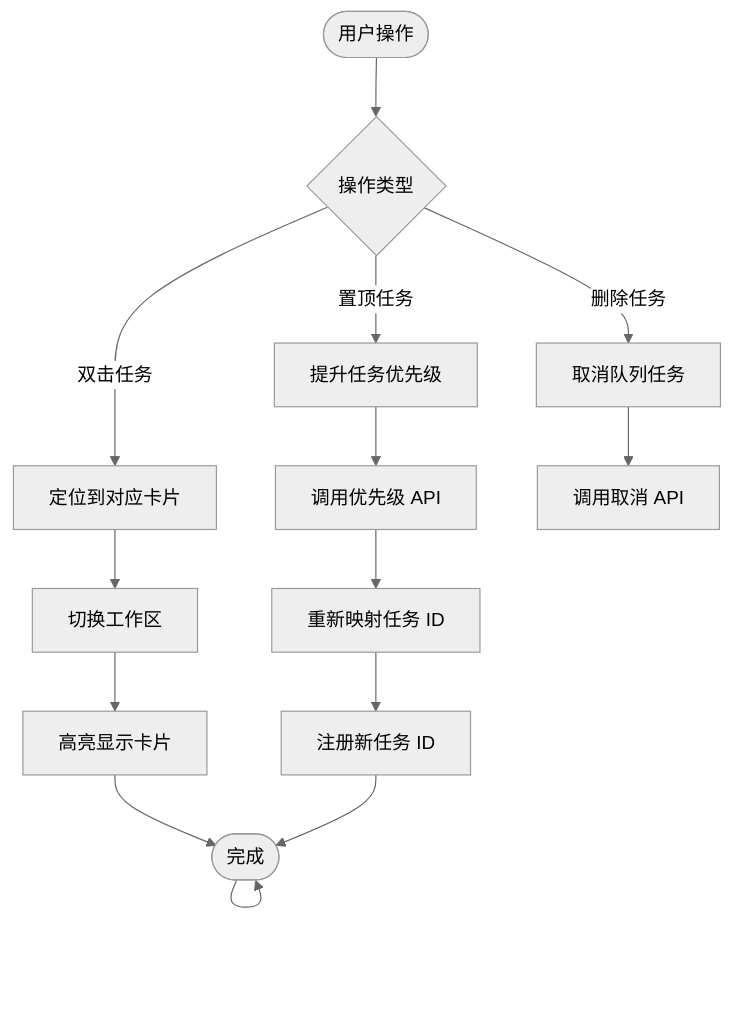
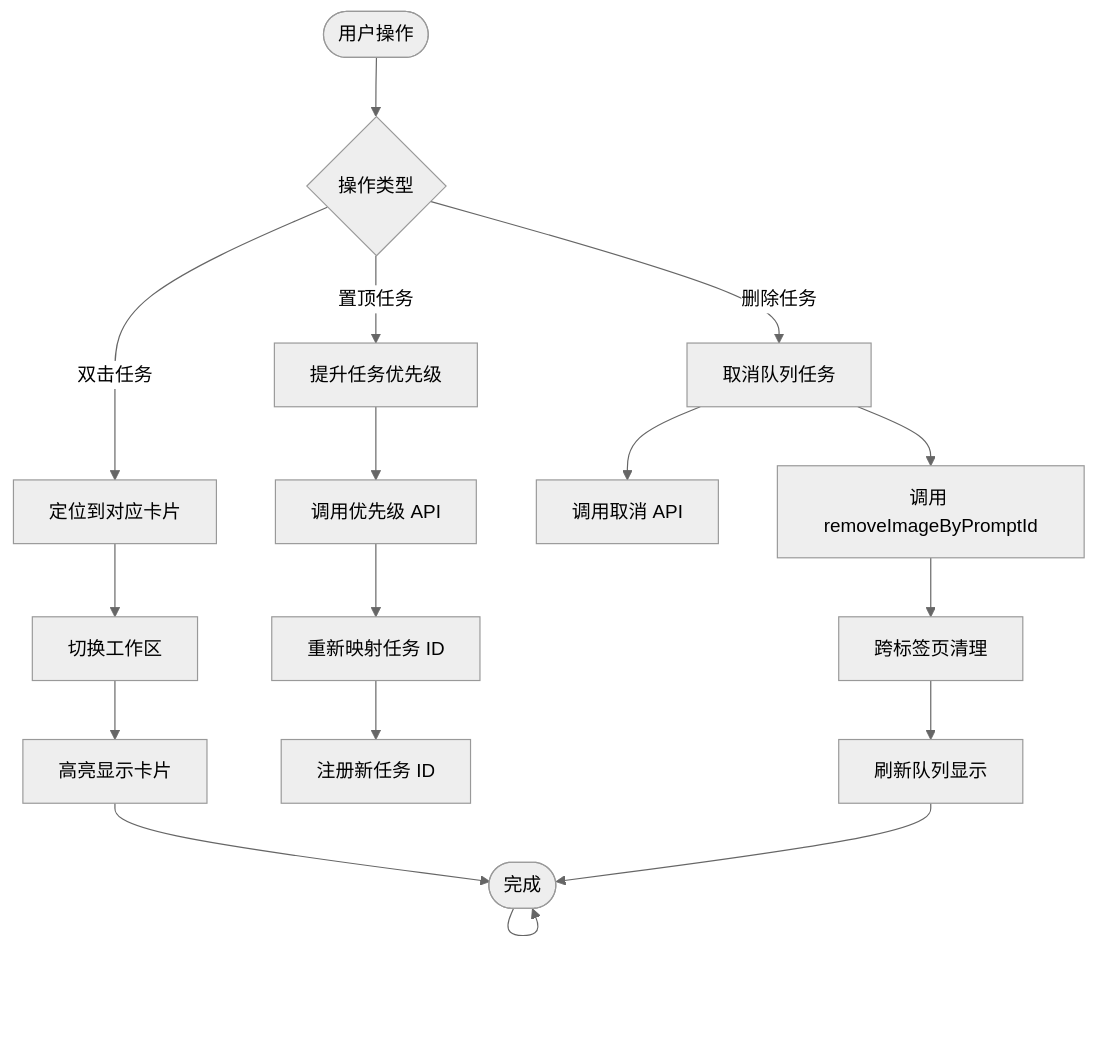
One commit to billye220670/CorineKit_Pix2Real changed the sixth of 11 diagrams in .qoder/repowiki/zh/content/前端应用/UI 组件库/队列面板组件.md. Above: the diagram before and after it, drawn with Mermaid (neutral theme). The commit also changed other lines of this file and 54 other files, not shown here.

First line of the commit message:
feat: 模型下拉菜单元数据管理（缩略图+重命名）及session mask恢复优化

````diff
--- a/.qoder/repowiki/zh/content/前端应用/UI 组件库/队列面板组件.md
+++ b/.qoder/repowiki/zh/content/前端应用/UI 组件库/队列面板组件.md
@@ -230,16 +241,19 @@
 ```mermaid
 flowchart TD
 Start([用户操作]) --> Action{操作类型}
 Action --> |双击任务| Locate[定位到对应卡片]
 Action --> |置顶任务| Prioritize[提升任务优先级]
 Action --> |删除任务| Cancel[取消队列任务]
 Locate --> Navigate[切换工作区]
 Navigate --> Flash[高亮显示卡片]
 Prioritize --> API1[调用优先级 API]
 API1 --> Remap[重新映射任务 ID]
 Remap --> Register[注册新任务 ID]
 Cancel --> API2[调用取消 API]
+Cancel --> Cleanup[调用 removeImageByPromptId]
+Cleanup --> CrossTab[跨标签页清理]
+CrossTab --> Refresh[刷新队列显示]
 Flash --> End([完成])
-Register --> End
+Refresh --> End
 End --> End
 ```
````
